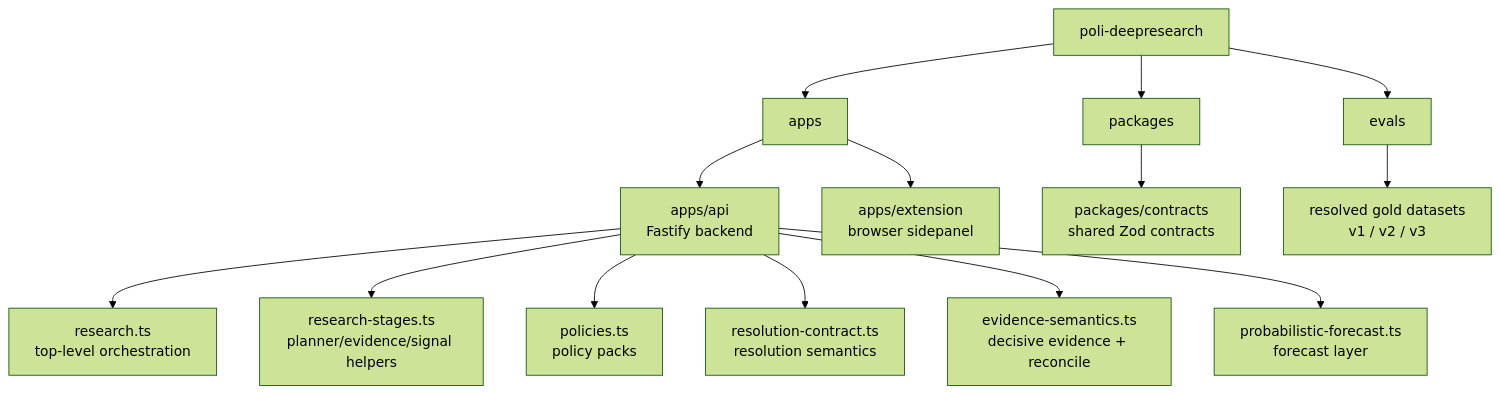
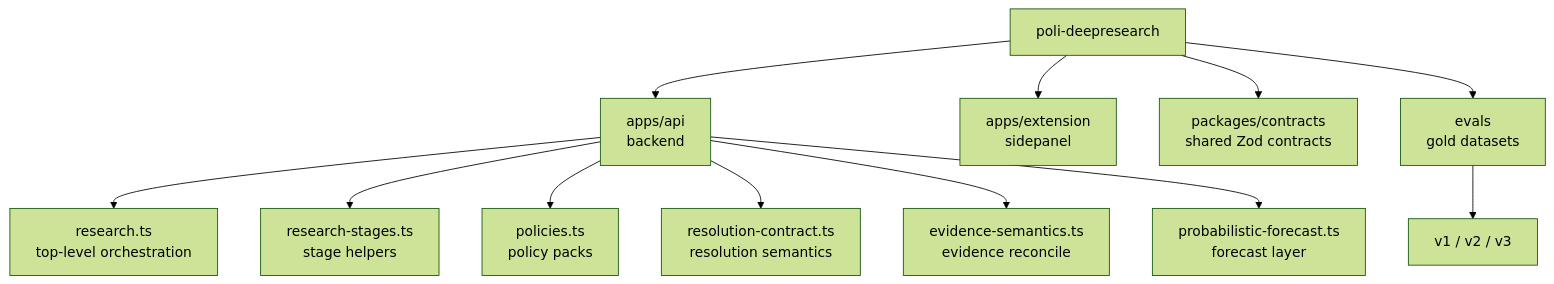
One commit to nuxxor/poli-deepresearch changed the third of 3 diagrams in README.md. Above: the diagram before and after it, drawn with Mermaid (forest theme). The commit also changed other lines of this file, not shown here.

Commit message:
Refine Mermaid README diagrams

````diff
--- a/README.md
+++ b/README.md
@@ -110,21 +102,18 @@
 ```mermaid
 flowchart TD
     ROOT[poli-deepresearch]
 
-    ROOT --> APPS[apps]
-    ROOT --> PACKAGES[packages]
-    ROOT --> EVALS[evals]
-
-    APPS --> API[apps/api<br/>Fastify backend]
-    APPS --> EXT[apps/extension<br/>browser sidepanel]
+    ROOT --> API[apps/api<br/>backend]
+    ROOT --> EXT[apps/extension<br/>sidepanel]
+    ROOT --> CONTRACTS[packages/contracts<br/>shared Zod contracts]
+    ROOT --> EVALS[evals<br/>gold datasets]
 
     API --> RESEARCH[research.ts<br/>top-level orchestration]
-    API --> STAGES[research-stages.ts<br/>planner/evidence/signal helpers]
+    API --> STAGES[research-stages.ts<br/>stage helpers]
     API --> POLICY[policies.ts<br/>policy packs]
     API --> RESOLUTION[resolution-contract.ts<br/>resolution semantics]
-    API --> EVIDENCE[evidence-semantics.ts<br/>decisive evidence + reconcile]
+    API --> EVIDENCE[evidence-semantics.ts<br/>evidence reconcile]
     API --> FORECAST[probabilistic-forecast.ts<br/>forecast layer]
 
-    PACKAGES --> CONTRACTS[packages/contracts<br/>shared Zod contracts]
-    EVALS --> GOLD[resolved gold datasets<br/>v1 / v2 / v3]
+    EVALS --> GOLD[v1 / v2 / v3]
 ```
````
